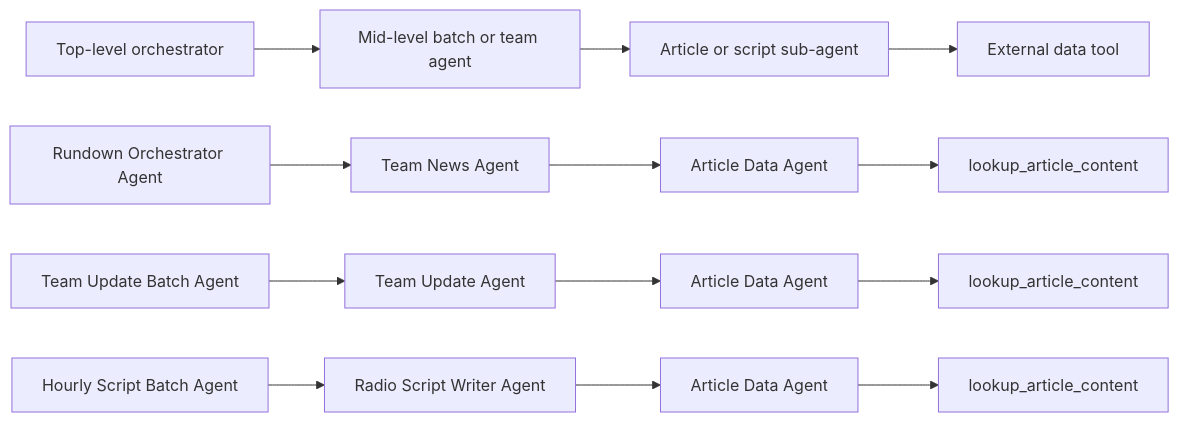
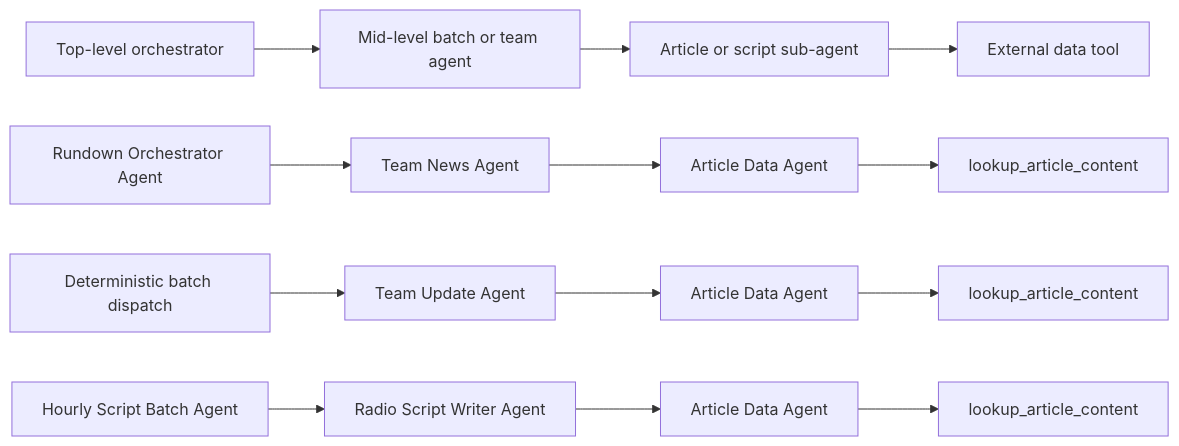
The second of 6 diagrams in agents_doc.md (BigSlikTobi/t4L_agency), drawn with Mermaid before and after one commit. The commit also changed other lines of this file and 7 other files, not shown here.

````diff
--- a/agents_doc.md
+++ b/agents_doc.md
@@ -86,18 +93,18 @@
 ```mermaid
 flowchart LR
     A["Top-level orchestrator"] --> B["Mid-level batch or team agent"]
     B --> C["Article or script sub-agent"]
     C --> D["External data tool"]
 
     A1["Rundown Orchestrator Agent"] --> B1["Team News Agent"]
     B1 --> C1["Article Data Agent"]
     C1 --> D1["lookup_article_content"]
 
-    A2["Team Update Batch Agent"] --> B2["Team Update Agent"]
+    A2["Deterministic batch dispatch"] --> B2["Team Update Agent"]
     B2 --> C2["Article Data Agent"]
     C2 --> D2["lookup_article_content"]
 
     A3["Hourly Script Batch Agent"] --> B3["Radio Script Writer Agent"]
     B3 --> C3["Article Data Agent"]
     C3 --> D3["lookup_article_content"]
 ```
````
